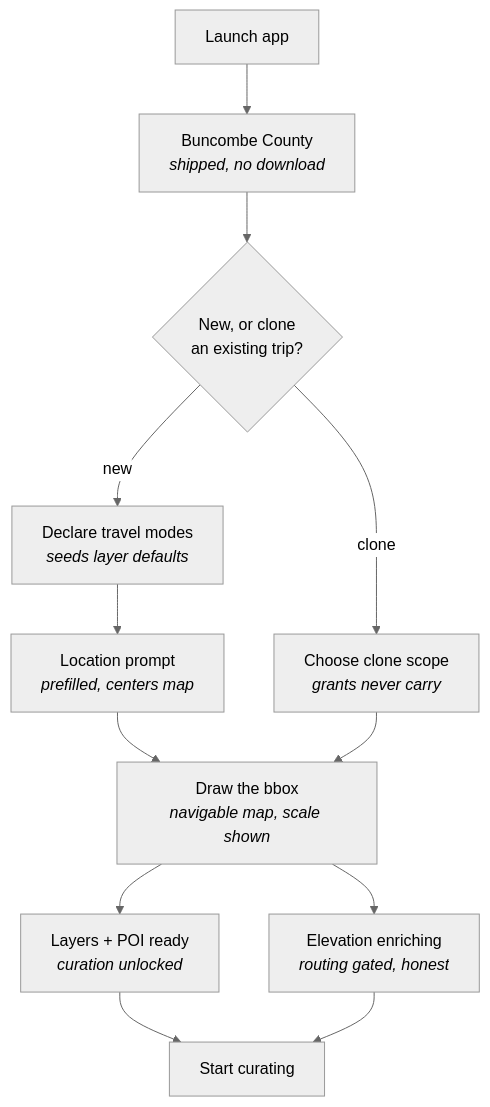
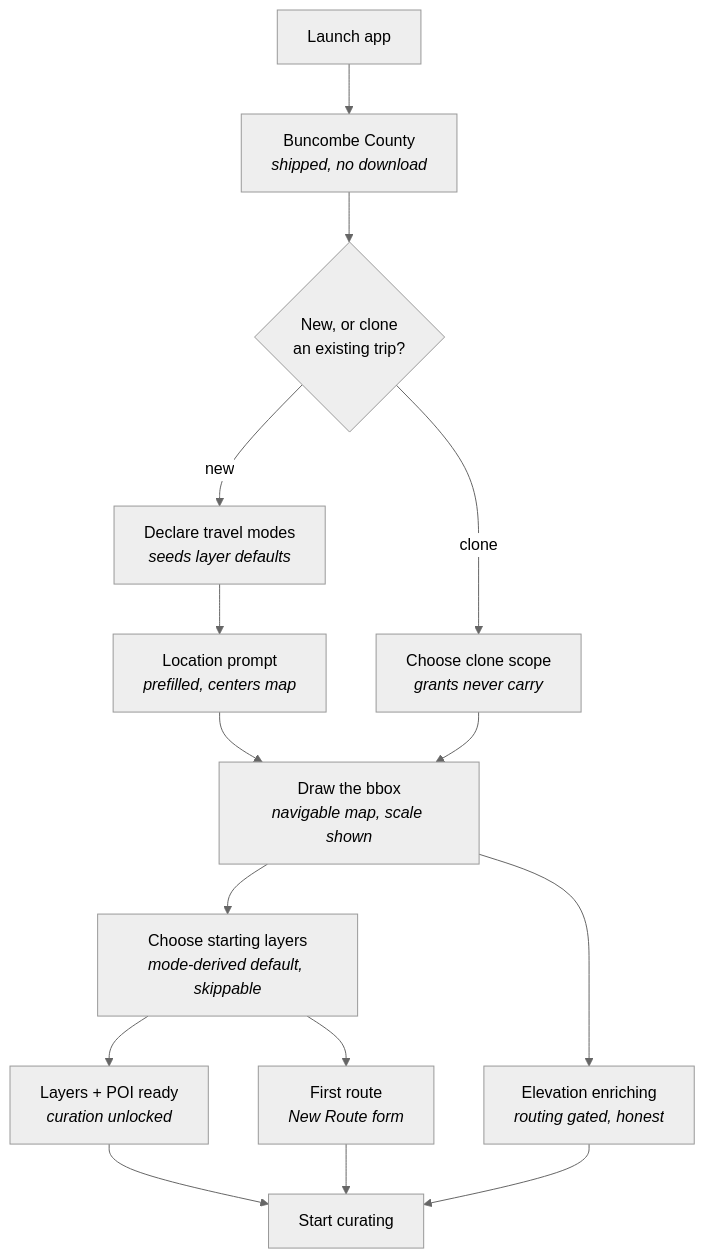
One commit to gnfrazier/plotlines changed the first of 10 diagrams in docs/Plotlines_Author_Flows_MVP.md. Above: the diagram before and after it, drawn with Mermaid (neutral theme). The commit also changed other lines of this file and 12 other files, not shown here.

````diff
--- a/docs/Plotlines_Author_Flows_MVP.md
+++ b/docs/Plotlines_Author_Flows_MVP.md
@@ -17,14 +17,17 @@
 ```mermaid
 flowchart TD
     A[Launch app] --> B["Buncombe County<br/><i>shipped, no download</i>"]
     B --> C{New, or clone<br/>an existing trip?}
     C -->|new| M["Declare travel modes<br/><i>seeds layer defaults</i>"]
     C -->|clone| Z["Choose clone scope<br/><i>grants never carry</i>"]
     M --> D["Location prompt<br/><i>prefilled, centers map</i>"]
     D --> E["Draw the bbox<br/><i>navigable map, scale shown</i>"]
     Z --> E
-    E --> F["Layers + POI ready<br/><i>curation unlocked</i>"]
+    E --> L["Choose starting layers<br/><i>mode-derived default, skippable</i>"]
+    L --> N["First route<br/><i>New Route form</i>"]
+    L --> F["Layers + POI ready<br/><i>curation unlocked</i>"]
     E --> G["Elevation enriching<br/><i>routing gated, honest</i>"]
     F --> H[Start curating]
+    N --> H
     G --> H
 ```
````
